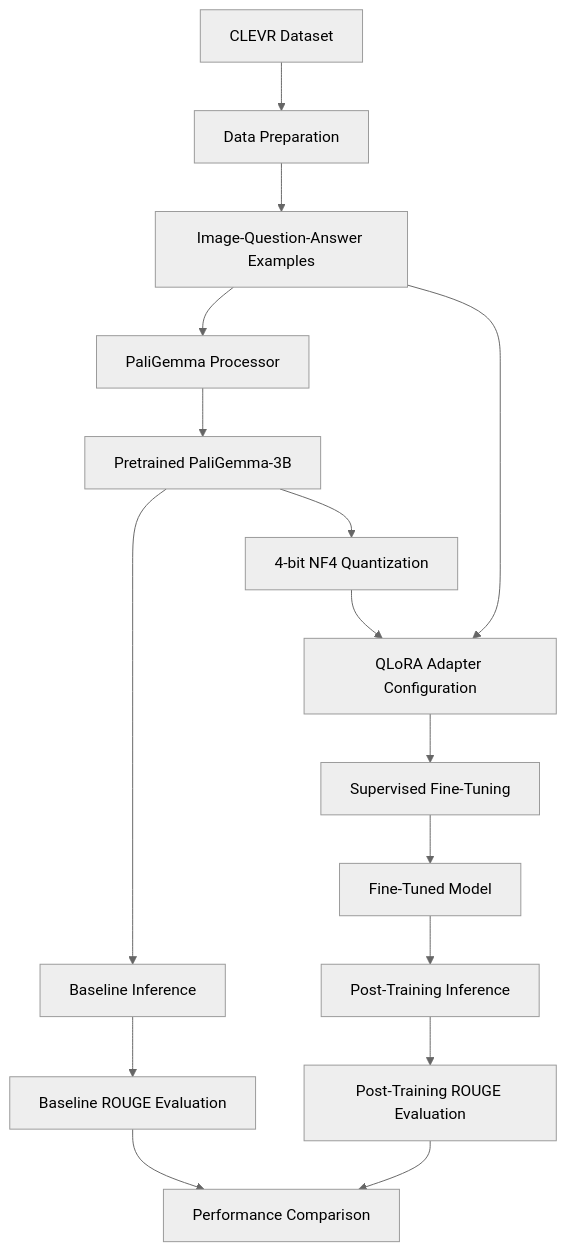
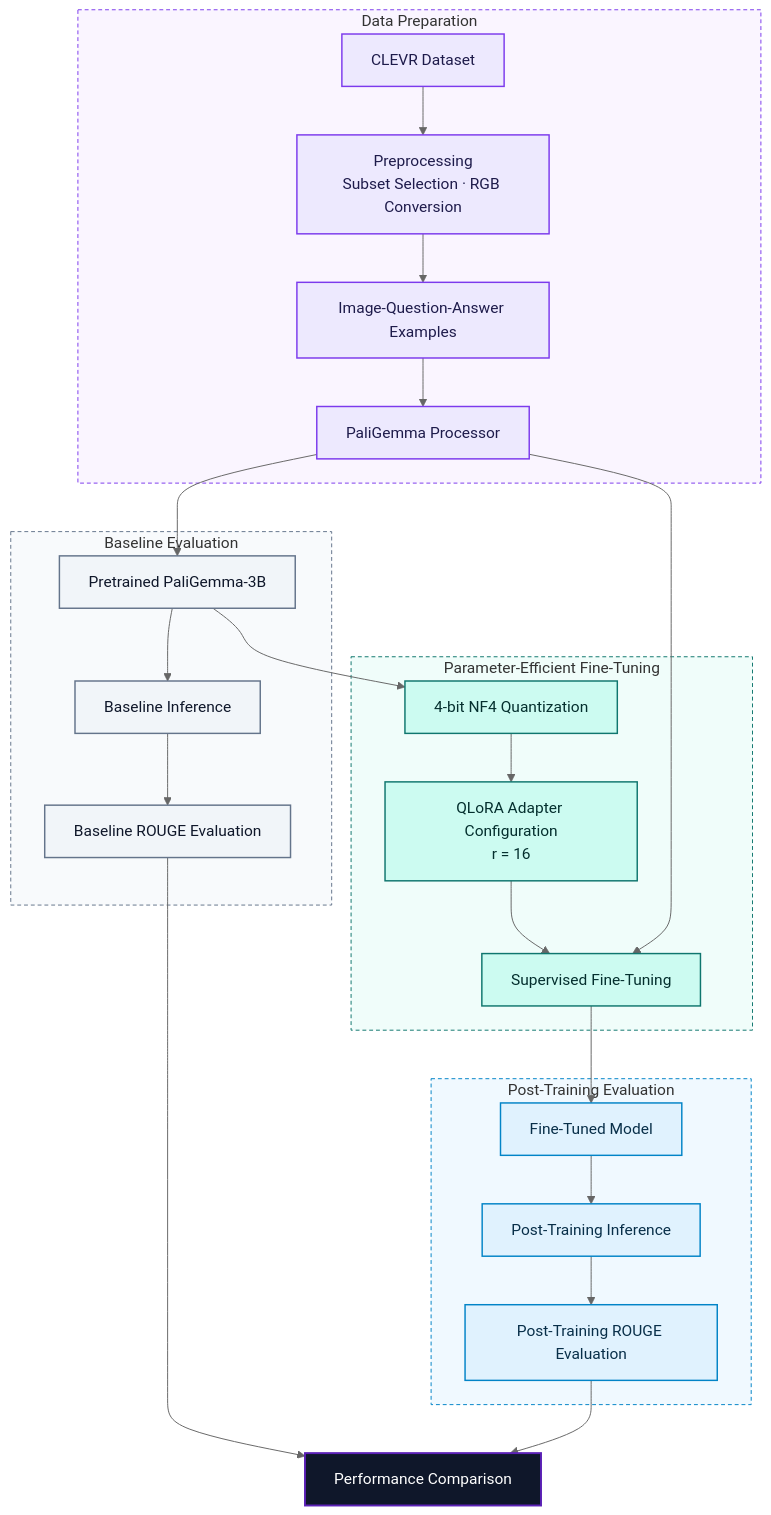
The first of 2 diagrams in README.md (farzadjannati/Parameter-Efficient-Visual-Question-Answering-with-PaliGemma-and-QLoRA), drawn with Mermaid (neutral theme) before and after one commit. The commit also changed other lines of this file, not shown here.

````diff
--- a/README.md
+++ b/README.md
@@ -107,21 +107,47 @@
 ```mermaid
 flowchart TD
-    A["CLEVR Dataset"] --> B["Data Preparation"]
-    B --> C["Image-Question-Answer Examples"]
-    C --> D["PaliGemma Processor"]
-    D --> E["Pretrained PaliGemma-3B"]
+    subgraph DATA["Data Preparation"]
+        A["CLEVR Dataset"] --> B["Preprocessing<br/>Subset Selection · RGB Conversion"]
+        B --> C["Image-Question-Answer Examples"]
+        C --> D["PaliGemma Processor"]
+    end
 
-    E --> F["Baseline Inference"]
-    F --> G["Baseline ROUGE Evaluation"]
+    subgraph BASE["Baseline Evaluation"]
+        E["Pretrained PaliGemma-3B"] --> F["Baseline Inference"]
+        F --> G["Baseline ROUGE Evaluation"]
+    end
 
-    E --> H["4-bit NF4 Quantization"]
-    H --> I["QLoRA Adapter Configuration"]
-    C --> I
-    I --> J["Supervised Fine-Tuning"]
-    J --> K["Fine-Tuned Model"]
-    K --> L["Post-Training Inference"]
-    L --> M["Post-Training ROUGE Evaluation"]
+    subgraph PEFT["Parameter-Efficient Fine-Tuning"]
+        H["4-bit NF4 Quantization"] --> I["QLoRA Adapter Configuration<br/>r = 16"]
+        I --> J["Supervised Fine-Tuning"]
+    end
 
+    subgraph EVAL["Post-Training Evaluation"]
+        K["Fine-Tuned Model"] --> L["Post-Training Inference"]
+        L --> M["Post-Training ROUGE Evaluation"]
+    end
+
+    D --> E
+    E --> H
+    D --> J
+    J --> K
     G --> N["Performance Comparison"]
     M --> N
+
+    classDef data fill:#ede9fe,stroke:#7c3aed,stroke-width:1.5px,color:#1e1b4b
+    classDef base fill:#f1f5f9,stroke:#64748b,stroke-width:1.5px,color:#0f172a
+    classDef peft fill:#ccfbf1,stroke:#0f766e,stroke-width:1.5px,color:#042f2e
+    classDef eval fill:#e0f2fe,stroke:#0284c7,stroke-width:1.5px,color:#082f49
+    classDef result fill:#0f172a,stroke:#5b21b6,stroke-width:2px,color:#ffffff
+
+    class A,B,C,D data
+    class E,F,G base
+    class H,I,J peft
+    class K,L,M eval
+    class N result
+
+    style DATA fill:#faf5ff,stroke:#7c3aed,stroke-dasharray:4 3
+    style BASE fill:#f8fafc,stroke:#64748b,stroke-dasharray:4 3
+    style PEFT fill:#f0fdfa,stroke:#0f766e,stroke-dasharray:4 3
+    style EVAL fill:#f0f9ff,stroke:#0284c7,stroke-dasharray:4 3
 ```
````
